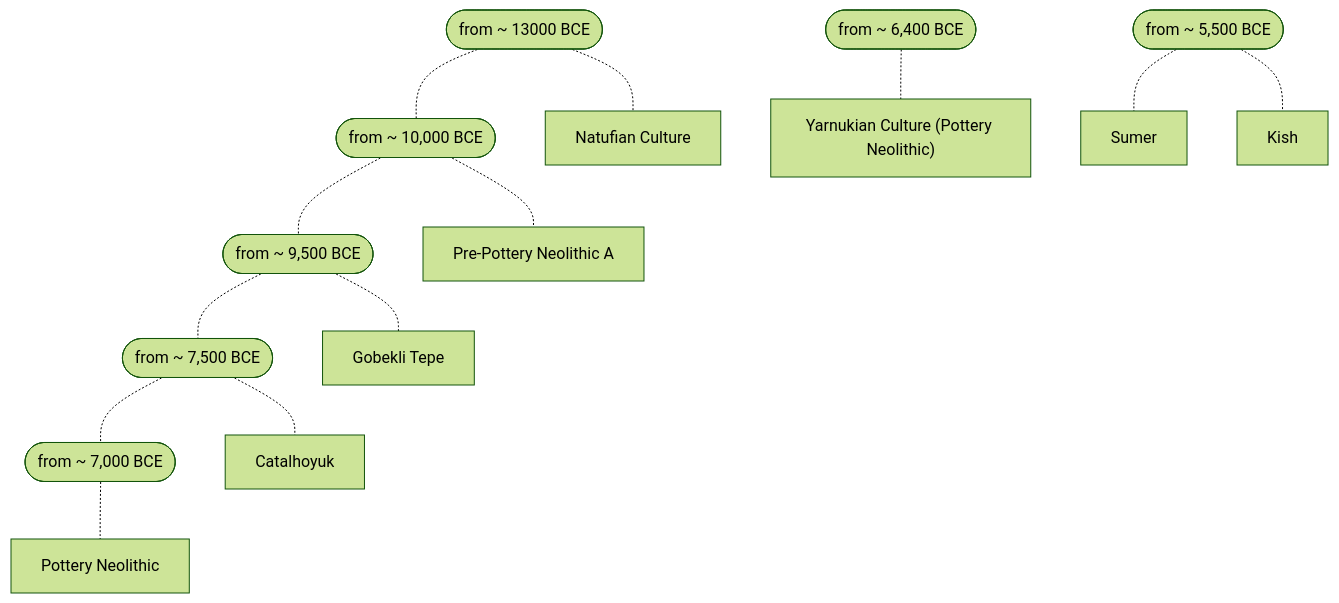
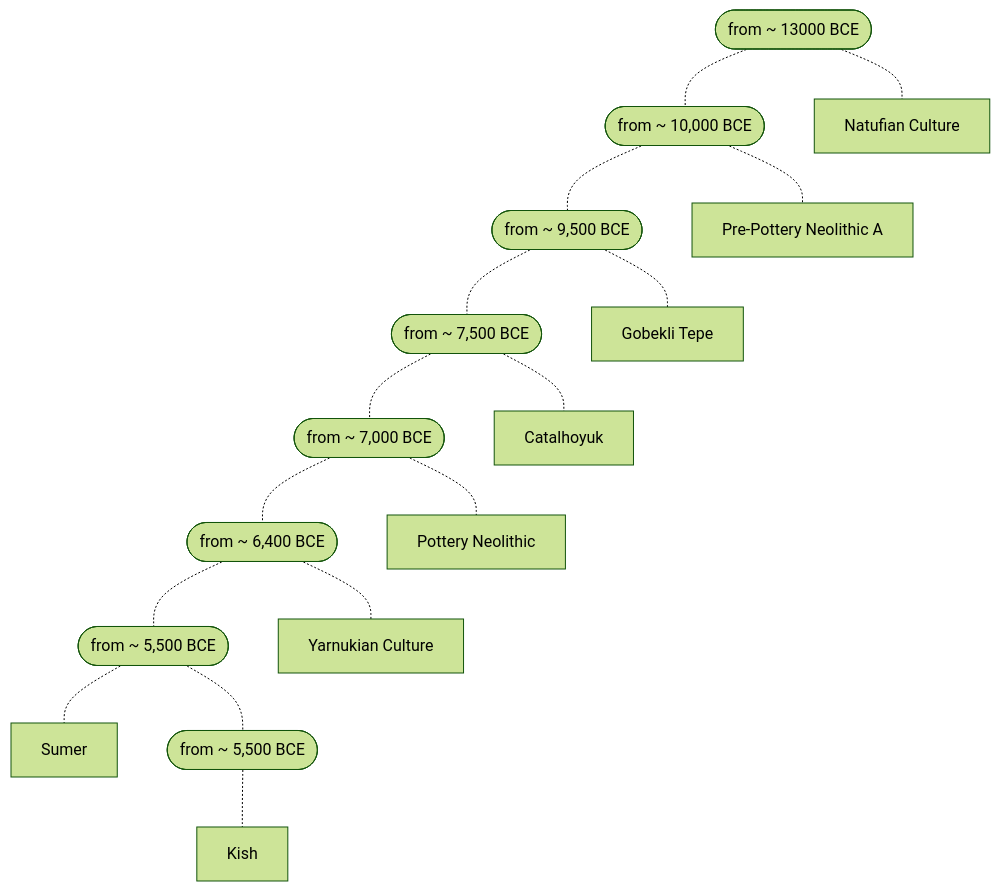
Before and after one commit to joe-dorward/samples: the first of 2 diagrams in 0000_General/timeline_v1.01.md, drawn with Mermaid. The commit also changed other lines of this file, not shown here.

````diff
--- a/0000_General/timeline_v1.01.md
+++ b/0000_General/timeline_v1.01.md
@@ -16,19 +1,22 @@
 ```mermaid
 %%{init: { 'theme':'forest', 'themeVariables': { 'fontSize':'7' } }}%%
 flowchart TD
     %% ========== ========== ========== ========== ==========
     13000([from ~ 13000 BCE])-.-NATUFIAN_[Natufian Culture]
     10000([from ~ 10,000 BCE])-.-PRE_POTTERY_NEOLITHIC_A[Pre-Pottery Neolithic A]
     9500([from ~ 9,500 BCE])-.-GOBEKLI_TEPE[Gobekli Tepe]
     7500([from ~ 7,500 BCE])-.-CATALHOYUK[Catalhoyuk]
     7000([from ~ 7,000 BCE])-.-POTTERY_NEOLITHIC[Pottery Neolithic]
-    6400([from ~ 6,400 BCE])-.-YARNUKIAN["Yarnukian Culture (Pottery Neolithic)"]
+    6400([from ~ 6,400 BCE])-.-YARNUKIAN["Yarnukian Culture"]
     5500([from ~ 5,500 BCE])-.-SUMER[Sumer] 
-    5500([from ~ 5,500 BCE])-.-KISH[Kish]
+    5500_KISH([from ~ 5,500 BCE])-.-KISH[Kish]
 
     13000-.-
     10000-.-
     9500-.-
     7500-.-
-    7000
+    7000-.-
+    6400-.-
+    5500-.-
+    5500_KISH
 ```
````
